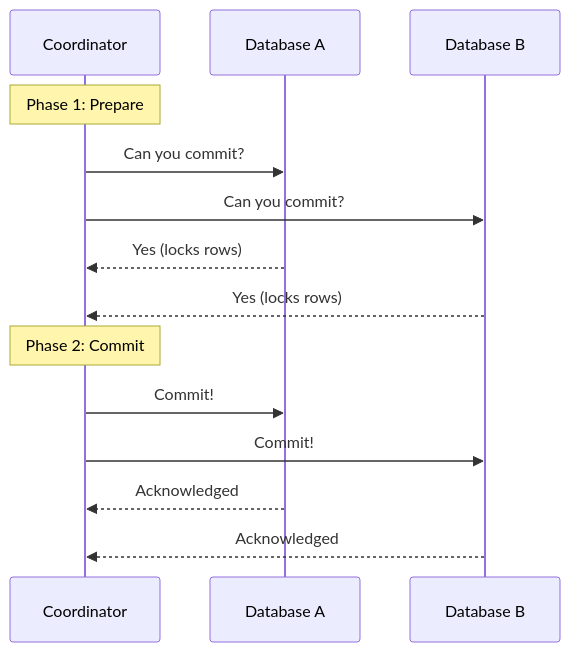
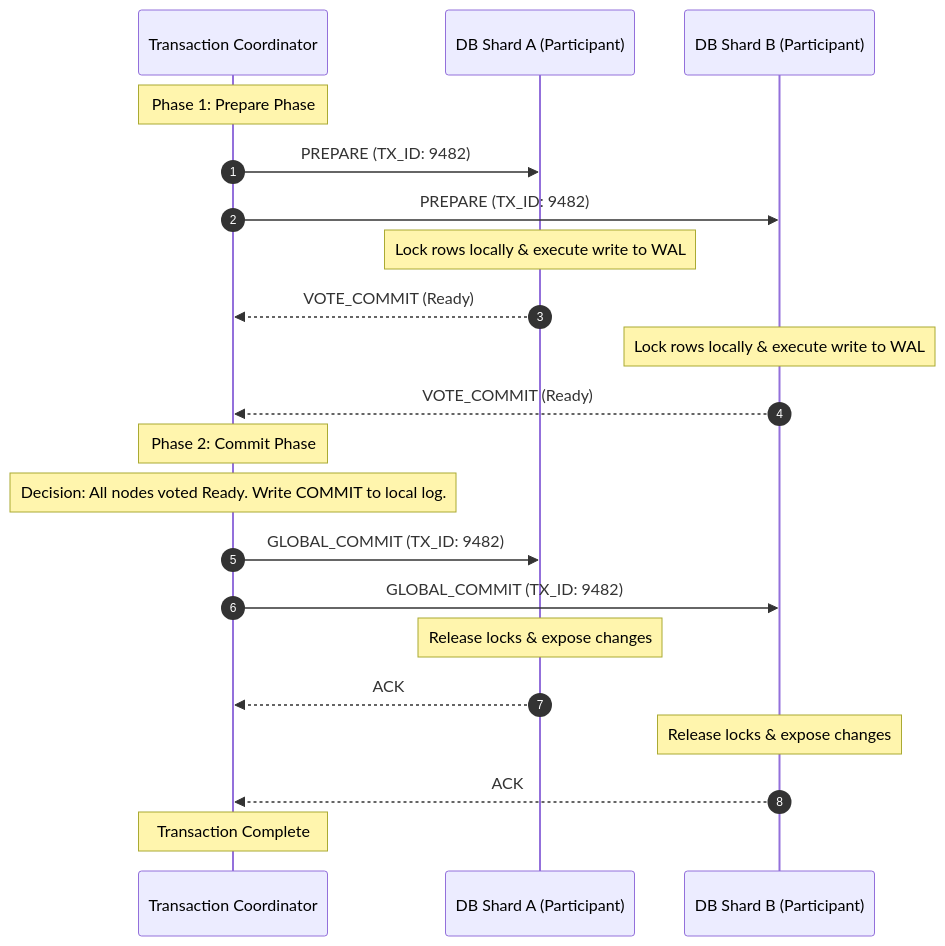
The first of 2 diagrams in high-level-design/concepts/14-distributed-transactions.md (gp330841/interview), drawn with Mermaid before and after one commit. The commit also changed other lines of this file and 66 other files, not shown here.

````diff
--- a/high-level-design/concepts/14-distributed-transactions.md
+++ b/high-level-design/concepts/14-distributed-transactions.md
@@ -10,18 +56,29 @@
 ```mermaid
 sequenceDiagram
-    participant Coordinator
-    participant Database A
-    participant Database B
+    autonumber
+    participant Coord as Transaction Coordinator
+    participant ShardA as DB Shard A (Participant)
+    participant ShardB as DB Shard B (Participant)
 
-    Note over Coordinator: Phase 1: Prepare
-    Coordinator->>Database A: Can you commit?
-    Coordinator->>Database B: Can you commit?
-    Database A-->>Coordinator: Yes (locks rows)
-    Database B-->>Coordinator: Yes (locks rows)
-
-    Note over Coordinator: Phase 2: Commit
-    Coordinator->>Database A: Commit!
-    Coordinator->>Database B: Commit!
-    Database A-->>Coordinator: Acknowledged
-    Database B-->>Coordinator: Acknowledged
+    Note over Coord: Phase 1: Prepare Phase
+    Coord->>ShardA: PREPARE (TX_ID: 9482)
+    Coord->>ShardB: PREPARE (TX_ID: 9482)
+    
+    Note over ShardA: Lock rows locally & execute write to WAL
+    ShardA-->>Coord: VOTE_COMMIT (Ready)
+    Note over ShardB: Lock rows locally & execute write to WAL
+    ShardB-->>Coord: VOTE_COMMIT (Ready)
+    
+    Note over Coord: Phase 2: Commit Phase
+    Note over Coord: Decision: All nodes voted Ready. Write COMMIT to local log.
+    
+    Coord->>ShardA: GLOBAL_COMMIT (TX_ID: 9482)
+    Coord->>ShardB: GLOBAL_COMMIT (TX_ID: 9482)
+    
+    Note over ShardA: Release locks & expose changes
+    ShardA-->>Coord: ACK
+    Note over ShardB: Release locks & expose changes
+    ShardB-->>Coord: ACK
+    
+    Note over Coord: Transaction Complete
 ```
````
